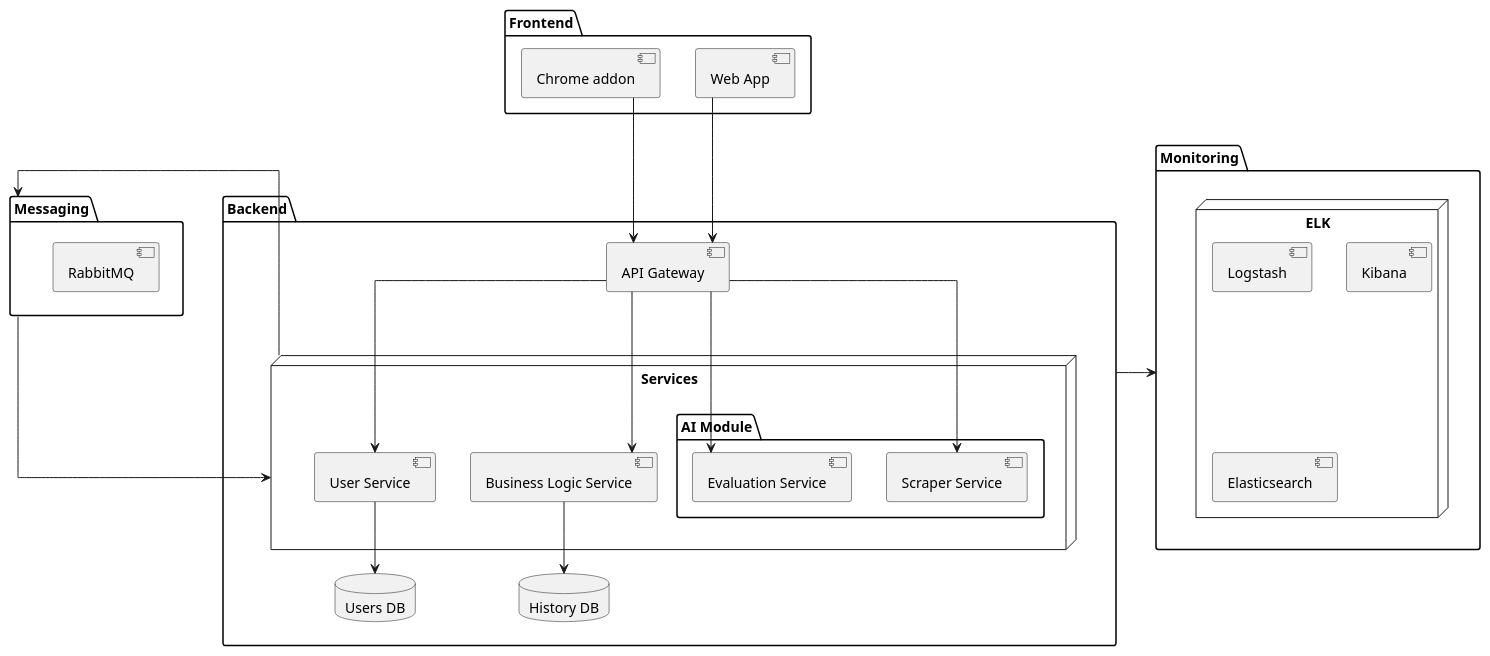
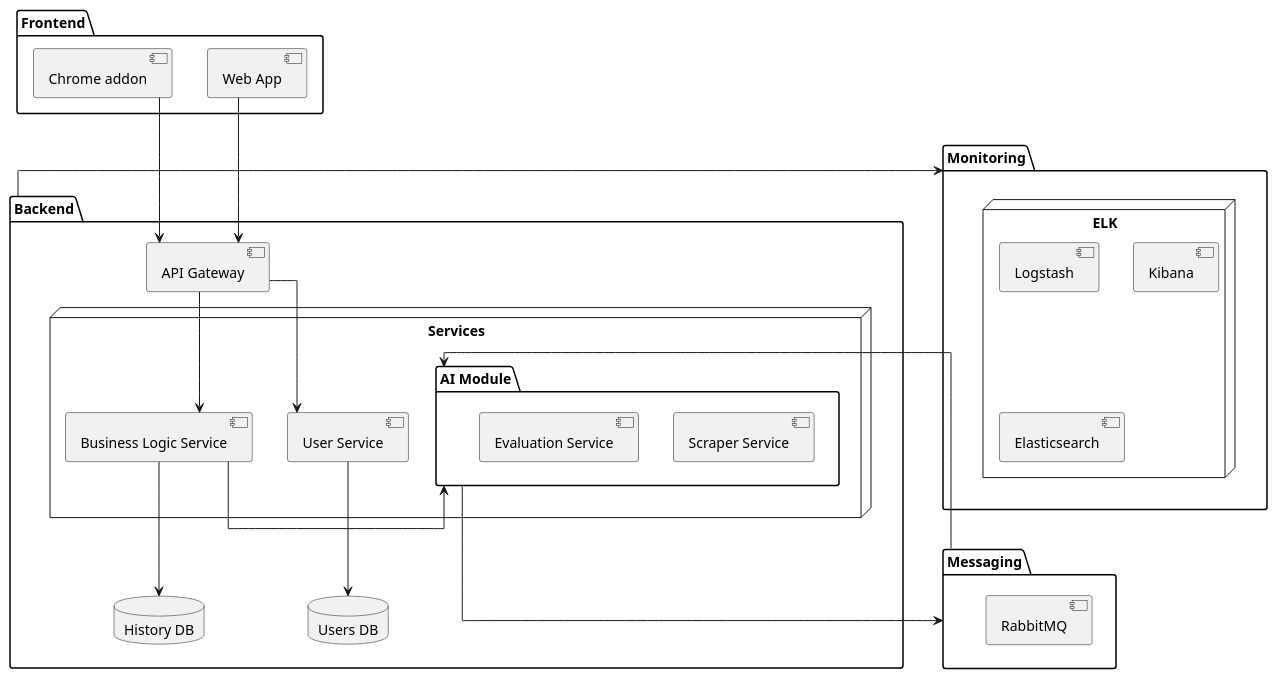
One commit to szczepanekF/PolishFakeNewsDetector changed the diagram in doc/ComponentDiagram.puml. Above: the diagram before and after it, drawn with PlantUML. The commit also changed 4 other files, not shown here.

```diff
--- a/doc/ComponentDiagram.puml
+++ b/doc/ComponentDiagram.puml
@@ -1,55 +1,42 @@
 @startuml
-' Set direction
 
 skinparam defaultTextAlignment center
 skinparam linetype ortho
-
 package "Frontend" {
     [Web App]
     [Chrome addon]
 }
 package "Messaging" {
     [RabbitMQ]
 }
 package "Backend" {
     [API Gateway]
     node "Services" {
     [User Service]
     [Business Logic Service]
-
     package "AI Module" {
     [Scraper Service]
     [Evaluation Service]
     }
-
 }
     database "Users DB" as usersdb
     database "History DB" as histdb
-
 }
-
-
 package "Monitoring" {
     node "ELK" {
         [Logstash]
         [Kibana]
-
         [Elasticsearch]
     }
 }
-
-
 [Web App] -down-> [API Gateway]
 [Chrome addon] -down-> [API Gateway]
+[API Gateway] -down-> [Business Logic Service]
 [API Gateway] -down-> [User Service]
-[API Gateway] -down-> [Scraper Service]
-[API Gateway] -down-> [Business Logic Service]
-[API Gateway] -down-> [Evaluation Service]
-
 "Backend" ->"Monitoring"
 [User Service] -down-> usersdb
 [Business Logic Service] -down-> histdb
-
-"Services" --> "Messaging"
-"Messaging" --> "Services"
+[Business Logic Service] -right-> "AI Module"
+"AI Module" --> "Messaging"
+"Messaging" --> "AI Module"
 @enduml
```
